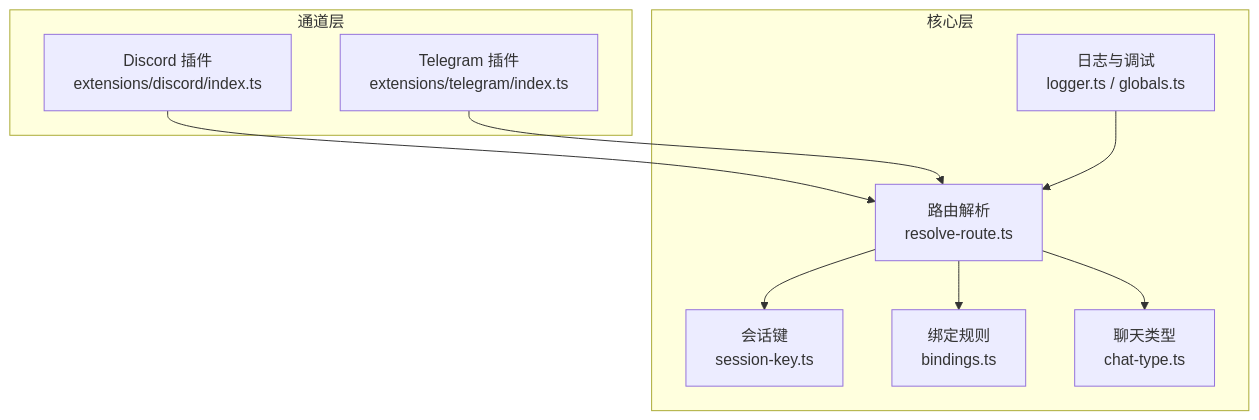
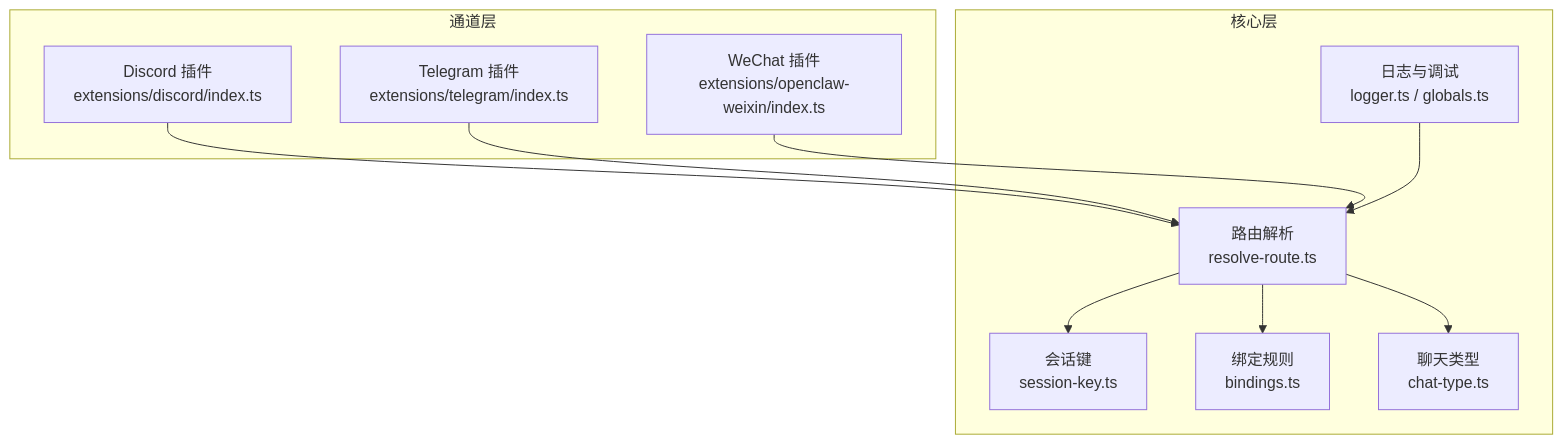
Before and after one commit to verse-ai-org/openclaw: the first of 9 diagrams in .qoder/repowiki/zh/content/消息通道系统/消息通道系统.md, drawn with Mermaid. The commit also changed other lines of this file and 23 other files, not shown here.

````diff
--- a/.qoder/repowiki/zh/content/消息通道系统/消息通道系统.md
+++ b/.qoder/repowiki/zh/content/消息通道系统/消息通道系统.md
@@ -57,20 +73,22 @@
 ```mermaid
 graph TB
 subgraph "核心层"
 ROUTE["路由解析<br/>resolve-route.ts"]
 SESSION["会话键<br/>session-key.ts"]
 BIND["绑定规则<br/>bindings.ts"]
 CHAT["聊天类型<br/>chat-type.ts"]
 LOG["日志与调试<br/>logger.ts / globals.ts"]
 end
 subgraph "通道层"
 DISC["Discord 插件<br/>extensions/discord/index.ts"]
 TG["Telegram 插件<br/>extensions/telegram/index.ts"]
+WX["WeChat 插件<br/>extensions/openclaw-weixin/index.ts"]
 end
 ROUTE --> BIND
 ROUTE --> SESSION
 ROUTE --> CHAT
 DISC --> ROUTE
 TG --> ROUTE
+WX --> ROUTE
 LOG --> ROUTE
 ```
````
